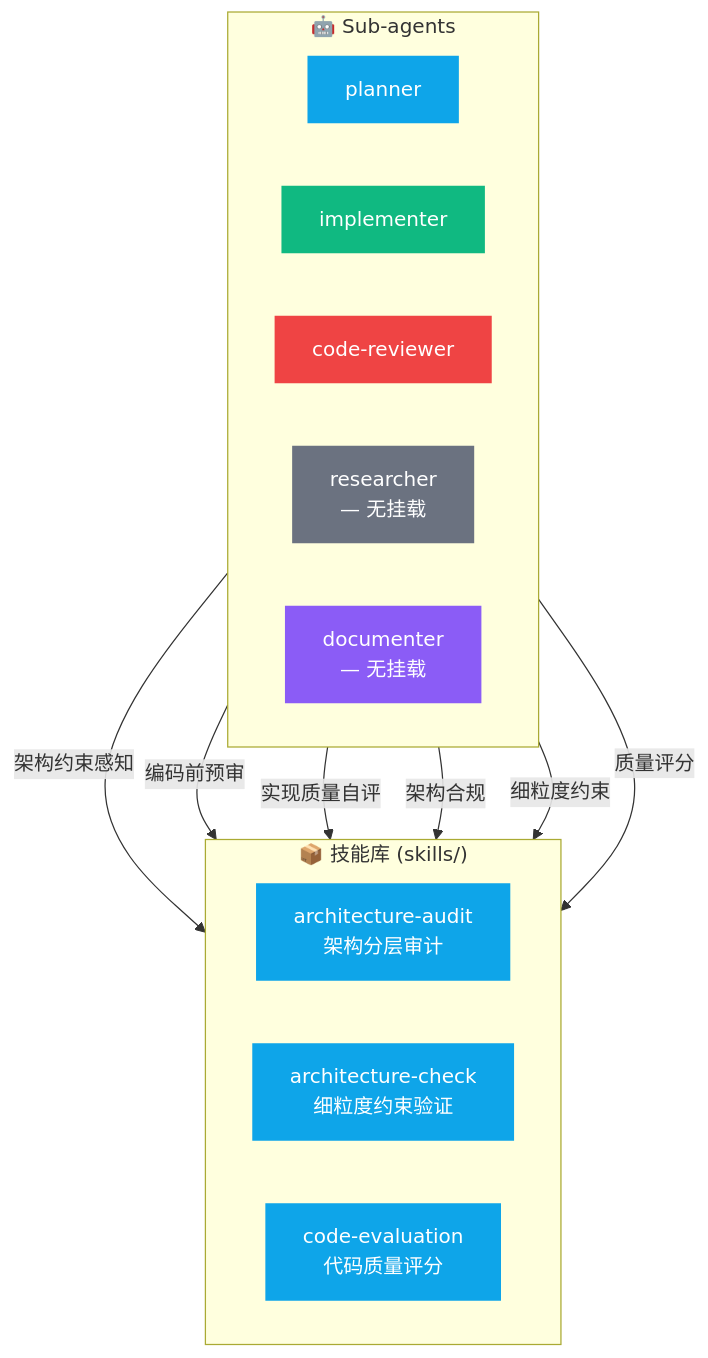
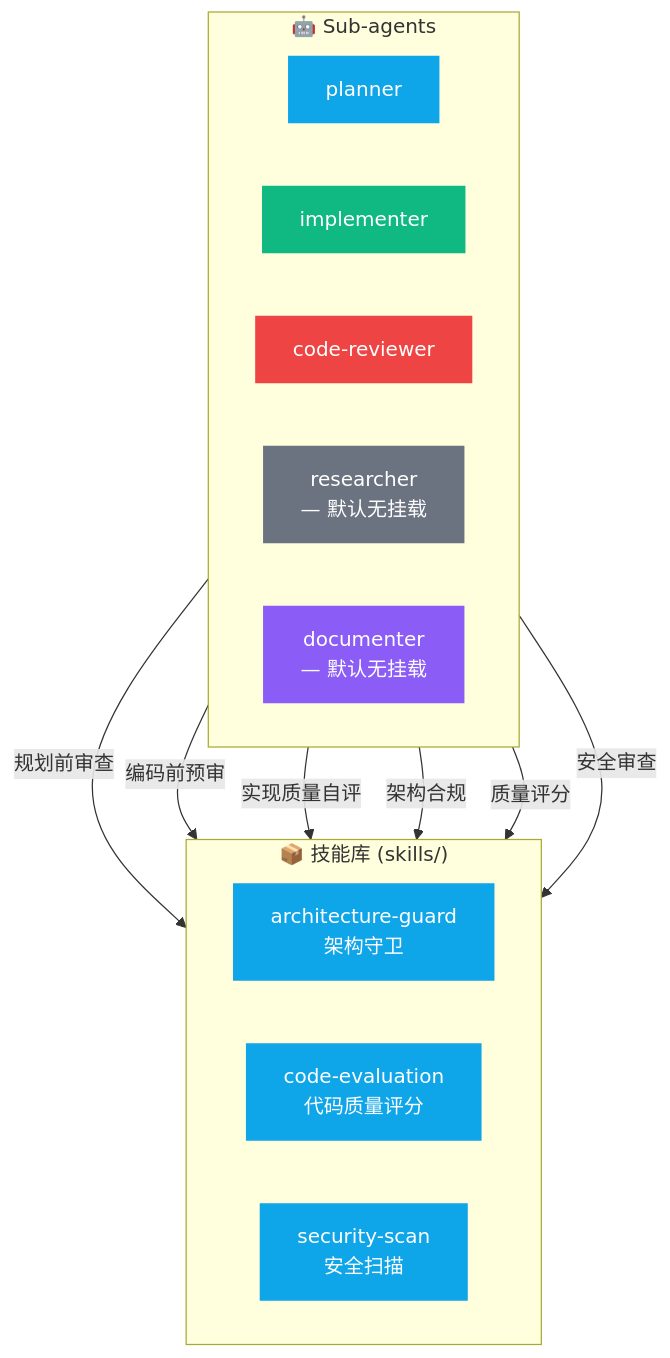
The third of 6 diagrams in docs/architecture.md (Kucell/cortex-agent), drawn with Mermaid before and after one commit. The commit also changed other lines of this file and 24 other files, not shown here.

````diff
--- a/docs/architecture.md
+++ b/docs/architecture.md
@@ -88,34 +105,34 @@
 ```mermaid
 graph TB
     subgraph Agents["🤖 Sub-agents"]
         direction LR
         PL[planner]
         IM[implementer]
         CR[code-reviewer]
-        RS["researcher<br>— 无挂载"]
-        DC["documenter<br>— 无挂载"]
+        RS["researcher<br/>— 默认无挂载"]
+        DC["documenter<br/>— 默认无挂载"]
     end
 
     subgraph Skills["📦 技能库 (skills/)"]
         direction LR
-        AA["architecture-audit<br>架构分层审计"]
-        AC["architecture-check<br>细粒度约束验证"]
-        CE["code-evaluation<br>代码质量评分"]
+        AG["architecture-guard<br/>架构守卫"]
+        CE["code-evaluation<br/>代码质量评分"]
+        SS["security-scan<br/>安全扫描"]
     end
 
-    PL -->|架构约束感知| AA
-    IM -->|编码前预审| AA
+    PL -->|规划前审查| AG
+    IM -->|编码前预审| AG
     IM -->|实现质量自评| CE
-    CR -->|架构合规| AA
-    CR -->|细粒度约束| AC
+    CR -->|架构合规| AG
     CR -->|质量评分| CE
+    CR -->|安全审查| SS
 
     style PL fill:#0ea5e9,color:#fff,stroke:none
     style IM fill:#10b981,color:#fff,stroke:none
     style CR fill:#ef4444,color:#fff,stroke:none
     style RS fill:#6b7280,color:#fff,stroke:none
     style DC fill:#8b5cf6,color:#fff,stroke:none
-    style AA fill:#0ea5e9,color:#fff,stroke:none
-    style AC fill:#0ea5e9,color:#fff,stroke:none
+    style AG fill:#0ea5e9,color:#fff,stroke:none
     style CE fill:#0ea5e9,color:#fff,stroke:none
+    style SS fill:#0ea5e9,color:#fff,stroke:none
 ```
````
